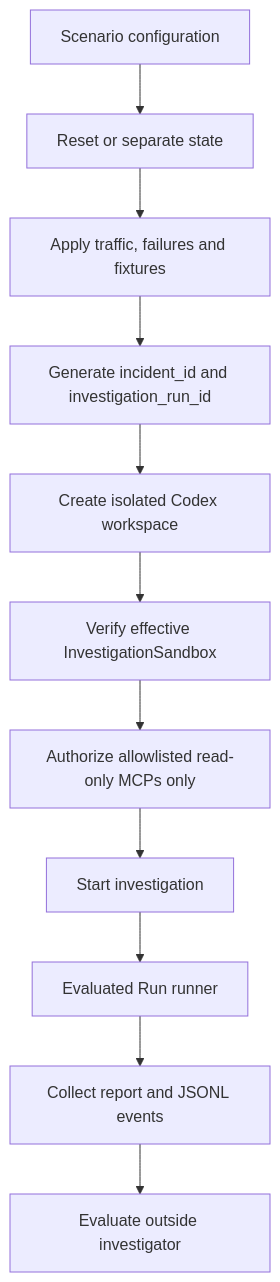
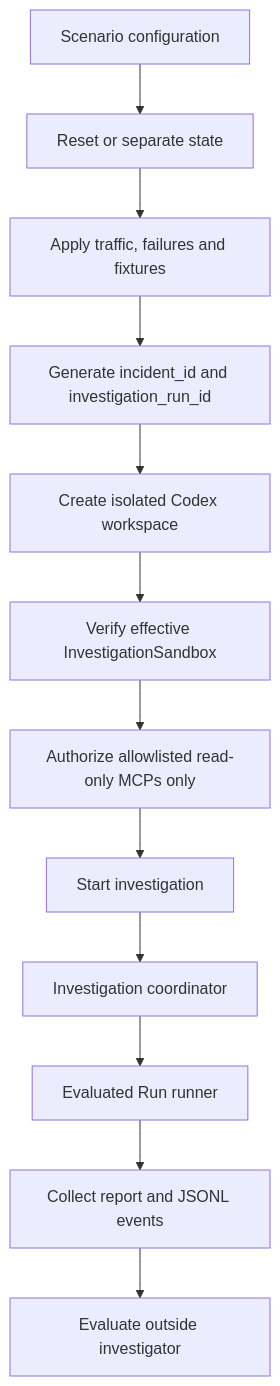
The fourth of 9 diagrams in docs/system-workflow.md (brenoacker/incident-investigator), drawn with Mermaid before and after one commit. The commit also changed other lines of this file and 2 other files, not shown here.

Commit message:
feat: add bounded multi-step investigation coordinator

````diff
--- a/docs/system-workflow.md
+++ b/docs/system-workflow.md
@@ -140,13 +141,14 @@
 ```mermaid
 flowchart TD
     Config[Scenario configuration] --> Reset[Reset or separate state]
     Reset --> Fixtures[Apply traffic, failures and fixtures]
     Fixtures --> IDs[Generate incident_id and investigation_run_id]
     IDs --> Workspace[Create isolated Codex workspace]
     Workspace --> Sandbox[Verify effective InvestigationSandbox]
     Sandbox --> Tools[Authorize allowlisted read-only MCPs only]
     Tools --> Start[Start investigation]
-    Start --> Runner[Evaluated Run runner]
+    Start --> Coordinator[Investigation coordinator]
+    Coordinator --> Runner[Evaluated Run runner]
     Runner --> Collect[Collect report and JSONL events]
     Collect --> ExternalGate[Evaluate outside investigator]
 ```
````
